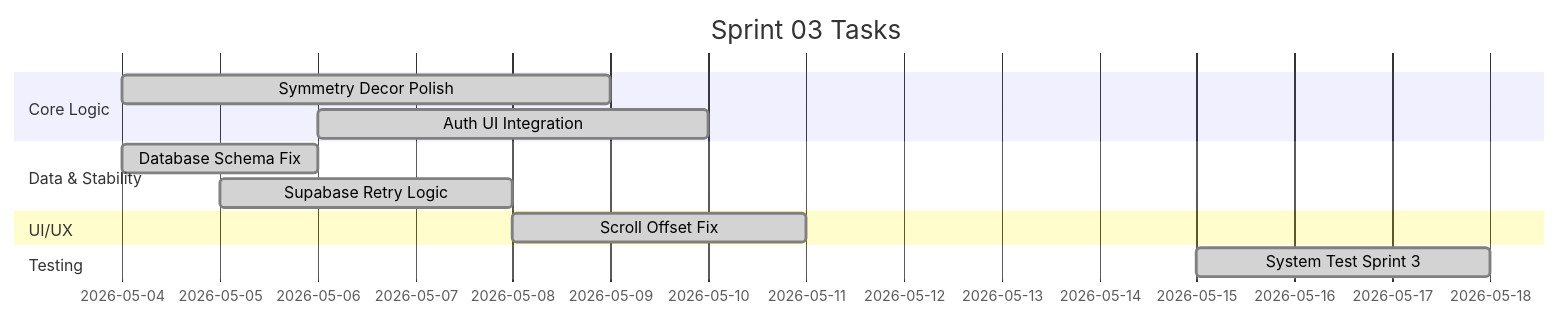
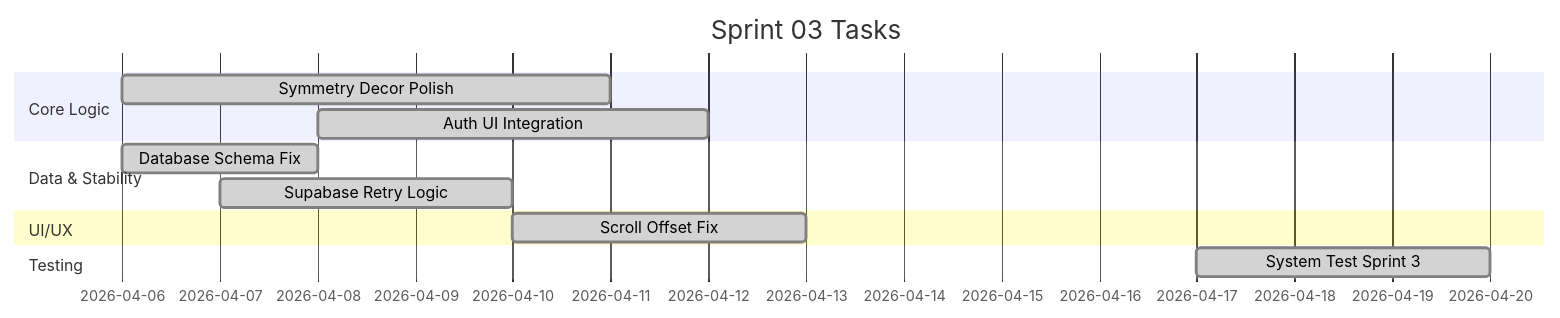
Before and after one commit to ChayutChanmueang/mci-cognitive-game-hub-dev-deploy: the diagram in docs/agile/sprint-backlogs/sprint-03.md, drawn with Mermaid. The commit also changed other lines of this file and 8 other files, not shown here.

````diff
--- a/docs/agile/sprint-backlogs/sprint-03.md
+++ b/docs/agile/sprint-backlogs/sprint-03.md
@@ -7,15 +7,15 @@
 ```mermaid
 gantt
     title Sprint 03 Tasks
     dateFormat  YYYY-MM-DD
     section Core Logic
-    Symmetry Decor Polish :done, logic1, 2026-05-04, 5d
-    Auth UI Integration   :done, logic2, 2026-05-06, 4d
+    Symmetry Decor Polish :done, logic1, 2026-04-06, 5d
+    Auth UI Integration   :done, logic2, 2026-04-08, 4d
     section Data & Stability
-    Database Schema Fix   :done, data1, 2026-05-04, 2d
-    Supabase Retry Logic  :done, data2, 2026-05-05, 3d
+    Database Schema Fix   :done, data1, 2026-04-06, 2d
+    Supabase Retry Logic  :done, data2, 2026-04-07, 3d
     section UI/UX
-    Scroll Offset Fix     :done, ui1, 2026-05-08, 3d
+    Scroll Offset Fix     :done, ui1, 2026-04-10, 3d
     section Testing
-    System Test Sprint 3  :done, test1, 2026-05-15, 3d
+    System Test Sprint 3  :done, test1, 2026-04-17, 3d
 ```
````
